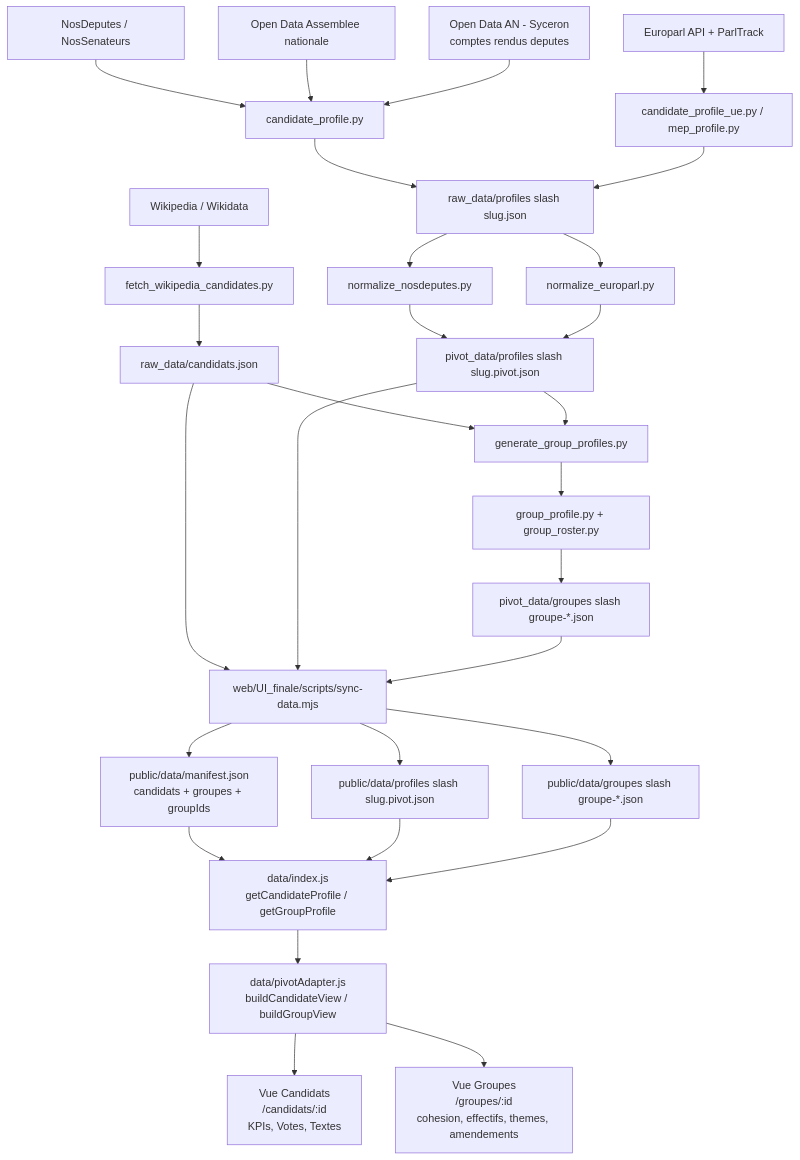
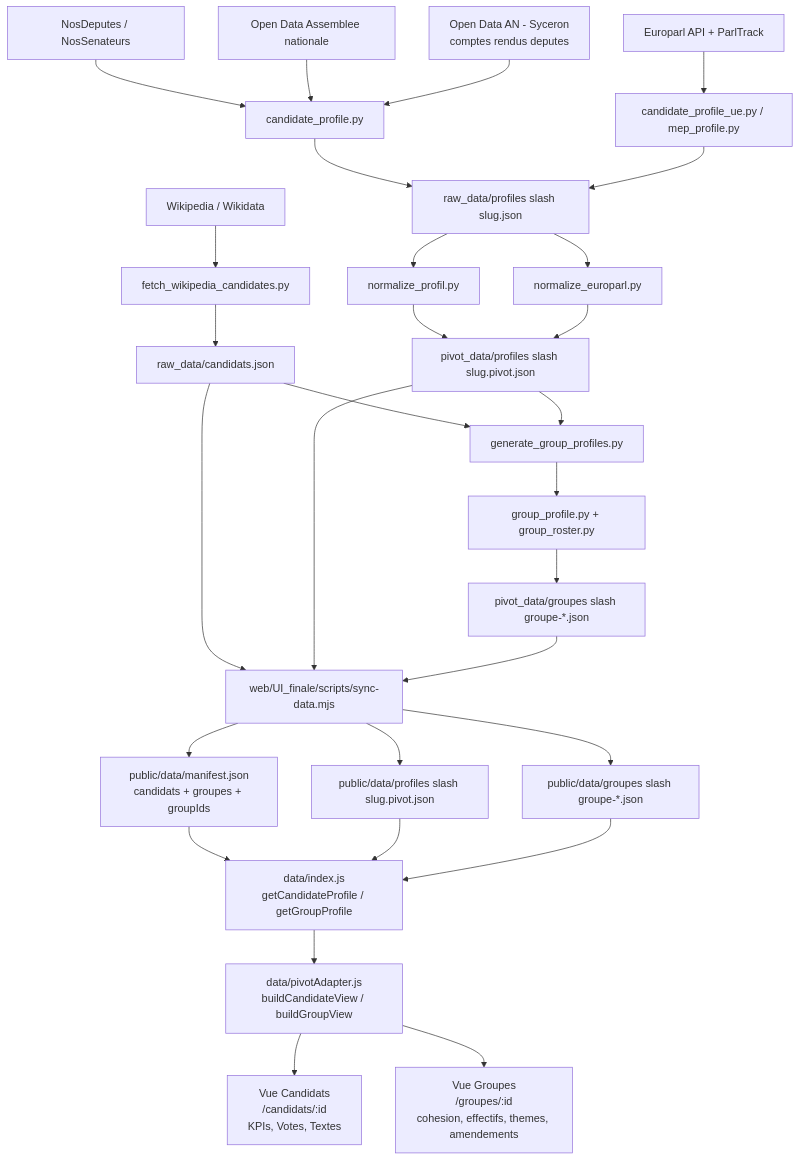
The second of 2 diagrams in docs/pipeline-profiles-groupes.md (stephieED/Empreinte-politique-src), drawn with Mermaid before and after one commit. The commit also changed other lines of this file and 45 other files, not shown here.

````diff
--- a/docs/pipeline-profiles-groupes.md
+++ b/docs/pipeline-profiles-groupes.md
@@ -64,53 +64,53 @@
 ```mermaid
 graph TD
         %% =========================
         %% SOURCES ET EXTRACTION
         %% =========================
         S1[NosDeputes / NosSenateurs] --> C1[candidate_profile.py]
         S2[Open Data Assemblee nationale] --> C1
         S2b[Open Data AN - Syceron\ncomptes rendus deputes] --> C1
         S3[Europarl API + ParlTrack] --> C2[candidate_profile_ue.py / mep_profile.py]
         S4[Wikipedia / Wikidata] --> C3[fetch_wikipedia_candidates.py]
 
         %% =========================
         %% ARTEFACTS DONNEES
         %% =========================
         C1 --> R1[raw_data/profiles slash slug.json]
         C2 --> R1
         C3 --> R2[raw_data/candidats.json]
 
-        R1 --> N1[normalize_nosdeputes.py]
+        R1 --> N1[normalize_profil.py]
         R1 --> N2[normalize_europarl.py]
         N1 --> P1[pivot_data/profiles slash slug.pivot.json]
         N2 --> P1
 
         R2 --> G0[generate_group_profiles.py]
         P1 --> G0
         G0 --> G1[group_profile.py + group_roster.py]
         G1 --> PG[pivot_data/groupes slash groupe-*.json]
 
         %% =========================
         %% SYNCHRONISATION FRONT
         %% =========================
         R2 --> SYNC[web/UI_finale/scripts/sync-data.mjs]
         P1 --> SYNC
         PG --> SYNC
 
         SYNC --> MAN[public/data/manifest.json\ncandidats + groupes + groupIds]
         SYNC --> PP[public/data/profiles slash slug.pivot.json]
         SYNC --> PGP[public/data/groupes slash groupe-*.json]
 
         %% =========================
         %% COUCHE DONNEES REACT
         %% =========================
         MAN --> IDX[data/index.js\ngetCandidateProfile / getGroupProfile]
         PP --> IDX
         PGP --> IDX
         IDX --> ADP[data/pivotAdapter.js\nbuildCandidateView / buildGroupView]
 
         %% =========================
         %% VUES REACT
         %% =========================
         ADP --> VC[Vue Candidats\n/candidats/:id\nKPIs, Votes, Textes]
         ADP --> VG[Vue Groupes\n/groupes/:id\ncohesion, effectifs, themes, amendements]
 ```
````
